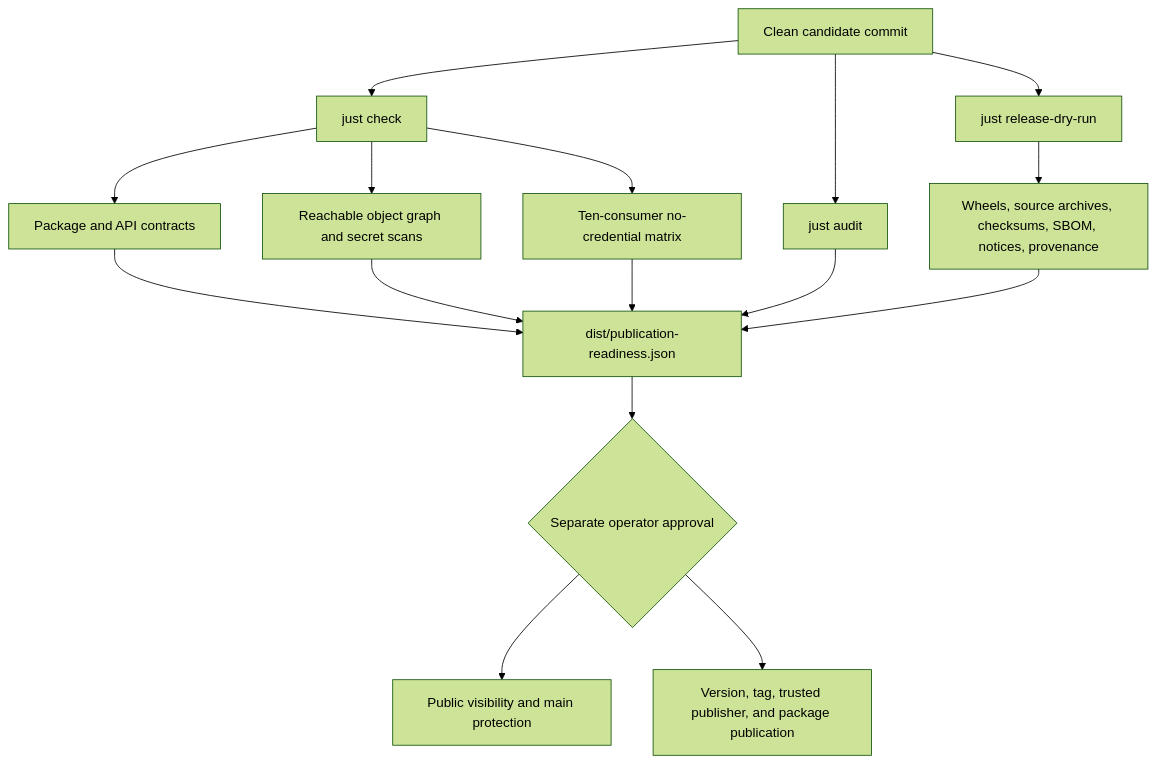
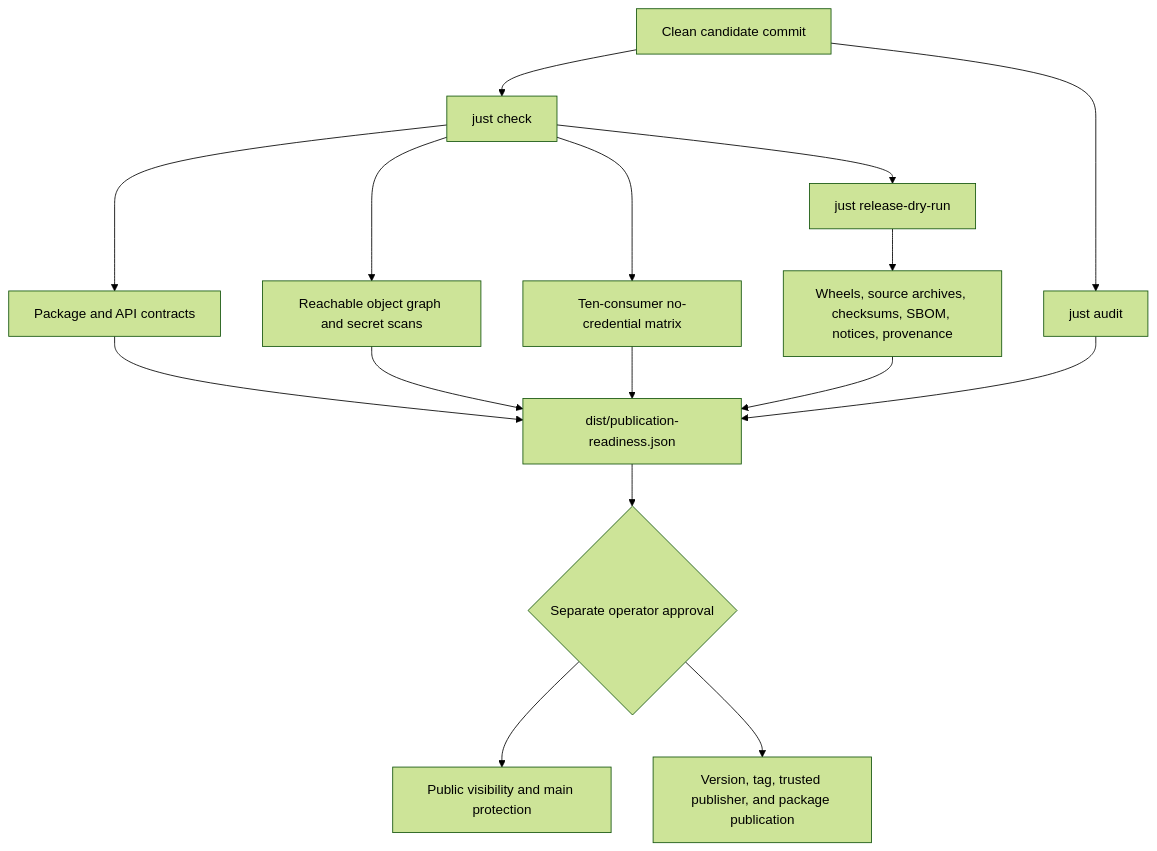
Before and after one commit to groovemap-music/python-libraries: the diagram in docs/publication-readiness.md, drawn with Mermaid (forest theme). The commit also changed 5 other files, not shown here.

````diff
--- a/docs/publication-readiness.md
+++ b/docs/publication-readiness.md
@@ -8,18 +8,18 @@
 ```mermaid
 flowchart TD
     Candidate[Clean candidate commit] --> Check[just check]
     Check --> Contracts[Package and API contracts]
     Check --> History[Reachable object graph and secret scans]
     Check --> Consumers[Ten-consumer no-credential matrix]
     Candidate --> Audit[just audit]
-    Candidate --> DryRun[just release-dry-run]
+    Check --> DryRun[just release-dry-run]
     DryRun --> Artifacts[Wheels, source archives, checksums, SBOM, notices, provenance]
     Contracts --> Attest[dist/publication-readiness.json]
     History --> Attest
     Consumers --> Attest
     Audit --> Attest
     Artifacts --> Attest
     Attest --> Gate{Separate operator approval}
     Gate --> Visibility[Public visibility and main protection]
     Gate --> Release[Version, tag, trusted publisher, and package publication]
 ```
````
